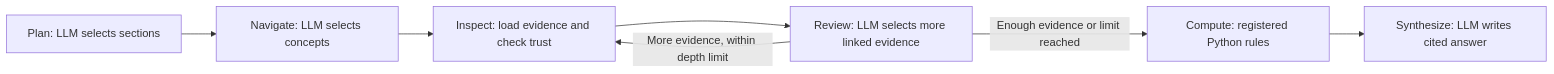
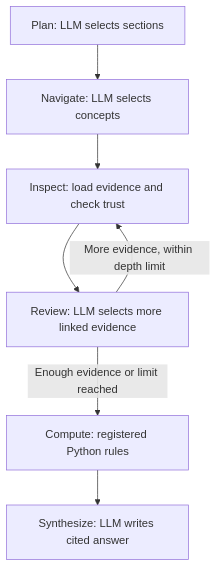
Before and after one commit to ConceptCodes/langgraph-okf: the diagram in README.md, drawn with Mermaid.

Commit message:
fix: update architecture diagram flow direction from LR to TD

````diff
--- a/README.md
+++ b/README.md
@@ -31,9 +31,9 @@
 ```mermaid
-flowchart LR
+flowchart TD
     Plan[Plan: LLM selects sections] --> Navigate[Navigate: LLM selects concepts]
     Navigate --> Inspect[Inspect: load evidence and check trust]
     Inspect --> Review[Review: LLM selects more linked evidence]
     Review -->|More evidence, within depth limit| Inspect
     Review -->|Enough evidence or limit reached| Compute[Compute: registered Python rules]
     Compute --> Synthesize[Synthesize: LLM writes cited answer]
 ```
````
